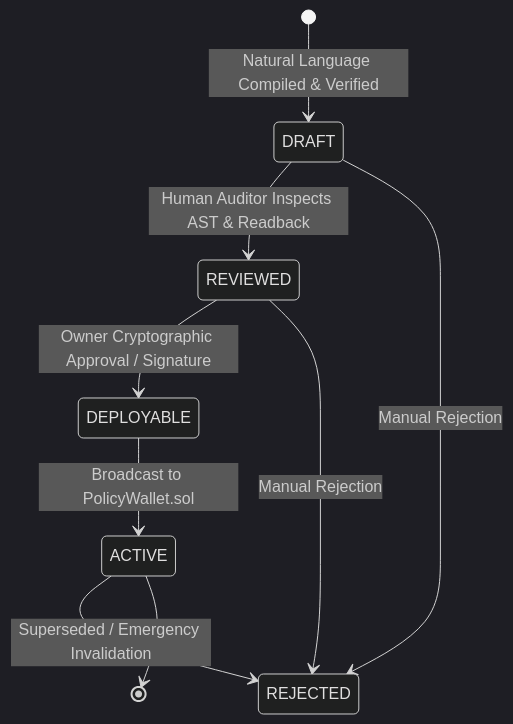
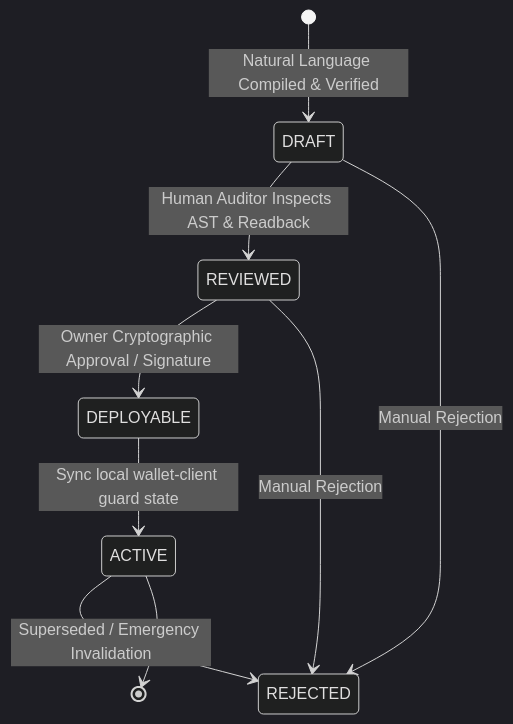
One commit to immo2n/WalletAgent changed the diagram in docs/user-and-audit.md. Above: the diagram before and after it, drawn with Mermaid (dark theme). The commit also changed other lines of this file and 25 other files, not shown here.

Commit message:
Document Orvilo architecture and Mermaid visuals

````diff
--- a/docs/user-and-audit.md
+++ b/docs/user-and-audit.md
@@ -32,11 +38,11 @@
 ```mermaid
 stateDiagram-v2
     [*] --> DRAFT: Natural Language Compiled & Verified
     DRAFT --> REVIEWED: Human Auditor Inspects AST & Readback
     REVIEWED --> DEPLOYABLE: Owner Cryptographic Approval / Signature
-    DEPLOYABLE --> ACTIVE: Broadcast to PolicyWallet.sol
+    DEPLOYABLE --> ACTIVE: Sync local wallet-client guard state
     ACTIVE --> REJECTED: Superseded / Emergency Invalidation
     DRAFT --> REJECTED: Manual Rejection
     REVIEWED --> REJECTED: Manual Rejection
     ACTIVE --> [*]
 ```
````
